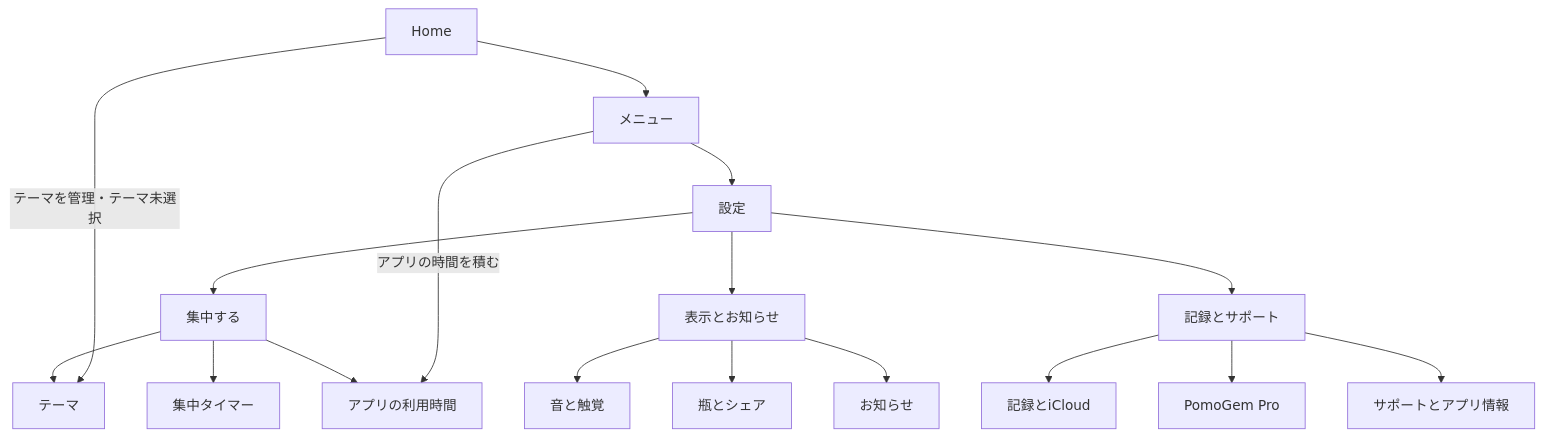
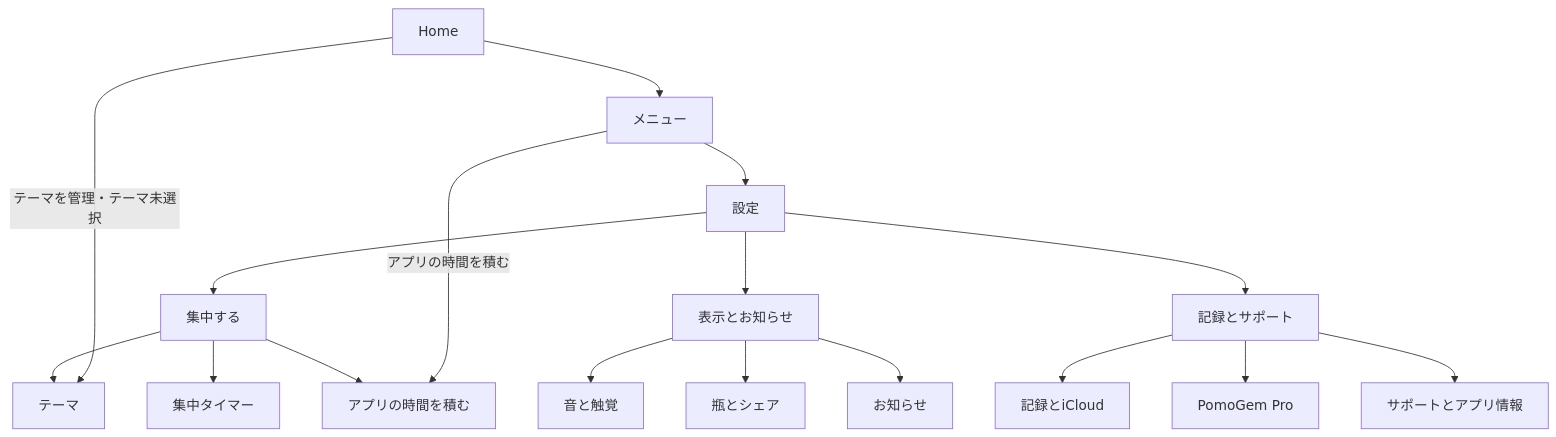
One commit to hinoshiba/pomogem changed the diagram in Docs/SettingsNavigation.md. Above: the diagram before and after it, drawn with Mermaid. The commit also changed other lines of this file and 22 other files, not shown here.

````diff
--- a/Docs/SettingsNavigation.md
+++ b/Docs/SettingsNavigation.md
@@ -62,19 +62,19 @@
 ```mermaid
 flowchart TD
     home[Home] --> menu[メニュー]
     menu --> settings[設定]
     settings --> focusGroup[集中する]
     settings --> displayGroup[表示とお知らせ]
     settings --> recordsGroup[記録とサポート]
     focusGroup --> themes[テーマ]
     focusGroup --> timer[集中タイマー]
-    focusGroup --> apps[アプリの利用時間]
+    focusGroup --> apps[アプリの時間を積む]
     displayGroup --> sound[音と触覚]
     displayGroup --> jar[瓶とシェア]
     displayGroup --> reminders[お知らせ]
     recordsGroup --> data[記録とiCloud]
     recordsGroup --> pro[PomoGem Pro]
     recordsGroup --> support[サポートとアプリ情報]
     home -->|テーマを管理・テーマ未選択| themes
     menu -->|アプリの時間を積む| apps
 ```
````
